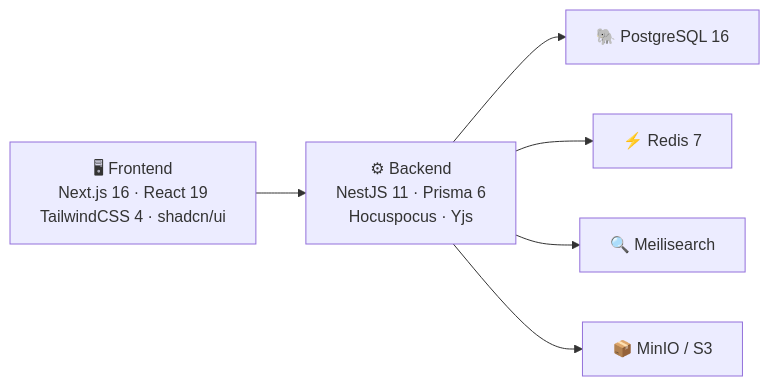
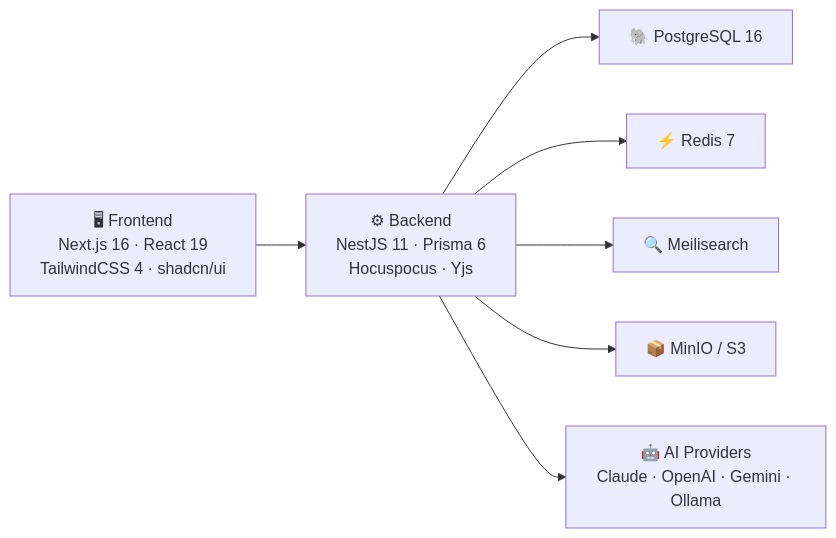
One commit to veloxico/wikso changed the diagram in README.md. Above: the diagram before and after it, drawn with Mermaid. The commit also changed other lines of this file, not shown here.

Commit message:
docs: update README with AI assistant features and provider architecture

````diff
--- a/README.md
+++ b/README.md
@@ -234,12 +245,13 @@
 ```mermaid
 graph LR
     FE["🖥 Frontend<br/>Next.js 16 · React 19<br/>TailwindCSS 4 · shadcn/ui"]
     BE["⚙ Backend<br/>NestJS 11 · Prisma 6<br/>Hocuspocus · Yjs"]
 
     FE --> BE
 
     BE --> PG["🐘 PostgreSQL 16"]
     BE --> RD["⚡ Redis 7"]
     BE --> MS["🔍 Meilisearch"]
     BE --> S3["📦 MinIO / S3"]
+    BE --> AI["🤖 AI Providers<br/>Claude · OpenAI · Gemini · Ollama"]
 ```
````
